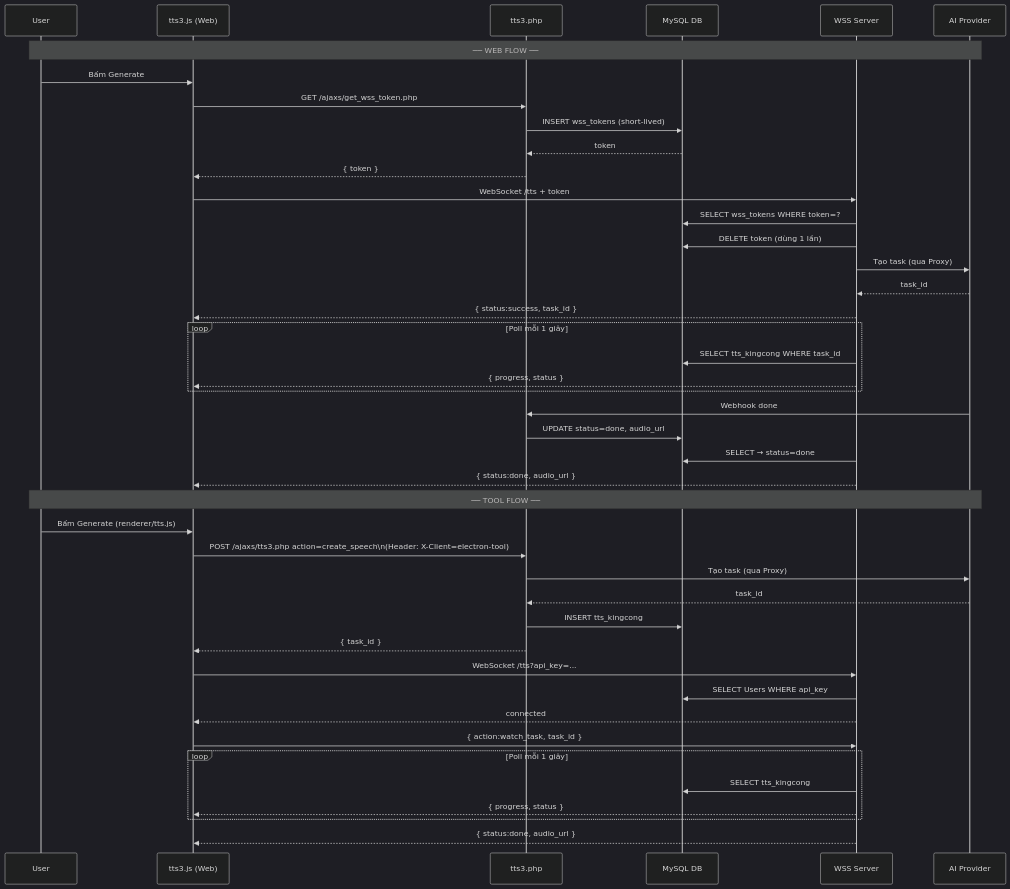
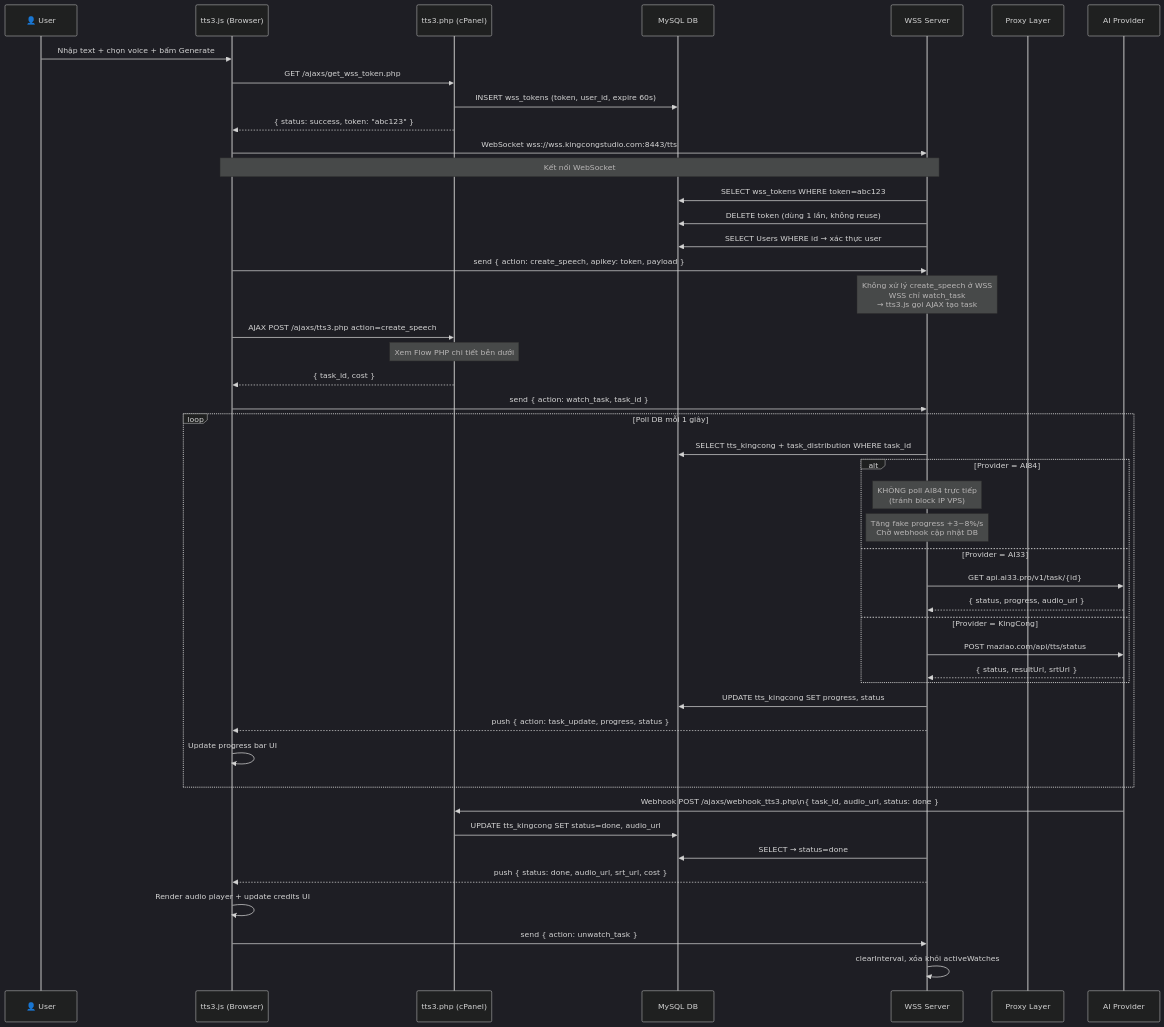
One commit to hungcuopacc-svg/Chiuroi changed the second of 6 diagrams in README.md. Above: the diagram before and after it, drawn with Mermaid (dark theme). The commit also changed other lines of this file, not shown here.

````diff
--- a/README.md
+++ b/README.md
@@ -106,47 +83,58 @@
 ```mermaid
 sequenceDiagram
-    participant U as User
-    participant JS as tts3.js (Web)
-    participant PHP as tts3.php
+    participant U as 👤 User
+    participant JS as tts3.js (Browser)
+    participant PHP as tts3.php (cPanel)
     participant DB as MySQL DB
-    participant WSS as WSS Server
+    participant VPS as WSS Server
+    participant PROXY as Proxy Layer
     participant AI as AI Provider
 
-    Note over U,AI: ── WEB FLOW ──
-    U->>JS: Bấm Generate
+    U->>JS: Nhập text + chọn voice + bấm Generate
+
     JS->>PHP: GET /ajaxs/get_wss_token.php
-    PHP->>DB: INSERT wss_tokens (short-lived)
-    DB-->>PHP: token
-    PHP-->>JS: { token }
-    JS->>WSS: WebSocket /tts + token
-    WSS->>DB: SELECT wss_tokens WHERE token=?
-    WSS->>DB: DELETE token (dùng 1 lần)
-    WSS->>AI: Tạo task (qua Proxy)
-    AI-->>WSS: task_id
-    WSS-->>JS: { status:success, task_id }
-    loop Poll mỗi 1 giây
-        WSS->>DB: SELECT tts_kingcong WHERE task_id
-        WSS-->>JS: { progress, status }
+    PHP->>DB: INSERT wss_tokens (token, user_id, expire 60s)
+    PHP-->>JS: { status: success, token: "abc123" }
+
+    JS->>VPS: WebSocket wss://wss.kingcongstudio.com:8443/tts
+    Note over JS,VPS: Kết nối WebSocket
+
+    VPS->>DB: SELECT wss_tokens WHERE token=abc123
+    VPS->>DB: DELETE token (dùng 1 lần, không reuse)
+    VPS->>DB: SELECT Users WHERE id → xác thực user
+
+    JS->>VPS: send { action: create_speech, apikey: token, payload }
+    Note over VPS: Không xử lý create_speech ở WSS<br/>WSS chỉ watch_task<br/>→ tts3.js gọi AJAX tạo task
+
+    JS->>PHP: AJAX POST /ajaxs/tts3.php action=create_speech
+    Note over PHP: Xem Flow PHP chi tiết bên dưới
+    PHP-->>JS: { task_id, cost }
+
+    JS->>VPS: send { action: watch_task, task_id }
+
+    loop Poll DB mỗi 1 giây
+        VPS->>DB: SELECT tts_kingcong + task_distribution WHERE task_id
+        alt Provider = AI84
+            Note over VPS: KHÔNG poll AI84 trực tiếp<br/>(tránh block IP VPS)
+            Note over VPS: Tăng fake progress +3~8%/s<br/>Chờ webhook cập nhật DB
+        else Provider = AI33
+            VPS->>AI: GET api.ai33.pro/v1/task/{id}
+            AI-->>VPS: { status, progress, audio_url }
+        else Provider = KingCong
+            VPS->>AI: POST maziao.com/api/tts/status
+            AI-->>VPS: { status, resultUrl, srtUrl }
+        end
+        VPS->>DB: UPDATE tts_kingcong SET progress, status
+        VPS-->>JS: push { action: task_update, progress, status }
+        JS->>JS: Update progress bar UI
     end
-    AI->>PHP: Webhook done
-    PHP->>DB: UPDATE status=done, audio_url
-    WSS->>DB: SELECT → status=done
-    WSS-->>JS: { status:done, audio_url }
 
-    Note over U,AI: ── TOOL FLOW ──
-    U->>JS: Bấm Generate (renderer/tts.js)
-    JS->>PHP: POST /ajaxs/tts3.php action=create_speech\n(Header: X-Client=electron-tool)
-    PHP->>AI: Tạo task (qua Proxy)
-    AI-->>PHP: task_id
-    PHP->>DB: INSERT tts_kingcong
-    PHP-->>JS: { task_id }
-    JS->>WSS: WebSocket /tts?api_key=... 
-    WSS->>DB: SELECT Users WHERE api_key
-    WSS-->>JS: connected
-    JS->>WSS: { action:watch_task, task_id }
-    loop Poll mỗi 1 giây
-        WSS->>DB: SELECT tts_kingcong
-        WSS-->>JS: { progress, status }
-    end
-    WSS-->>JS: { status:done, audio_url }
+    AI->>PHP: Webhook POST /ajaxs/webhook_tts3.php\n{ task_id, audio_url, status: done }
+    PHP->>DB: UPDATE tts_kingcong SET status=done, audio_url
+
+    VPS->>DB: SELECT → status=done
+    VPS-->>JS: push { status: done, audio_url, srt_url, cost }
+    JS->>JS: Render audio player + update credits UI
+    JS->>VPS: send { action: unwatch_task }
+    VPS->>VPS: clearInterval, xóa khỏi activeWatches
 ```
````
